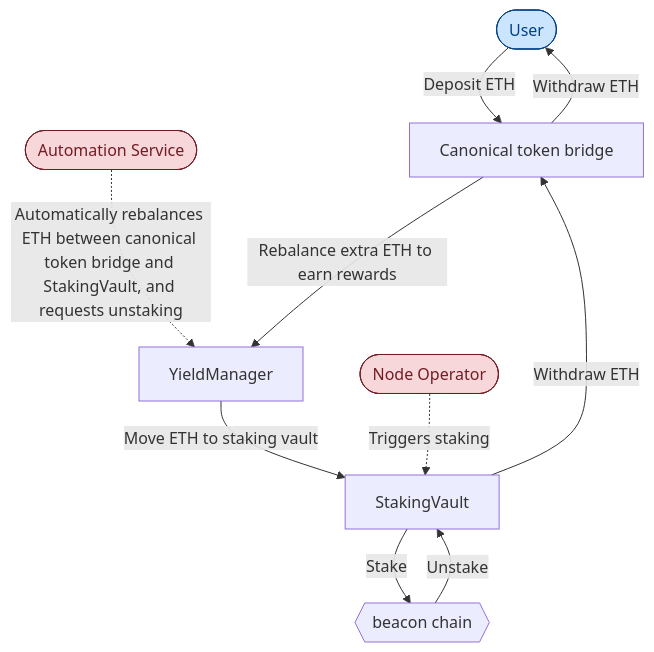
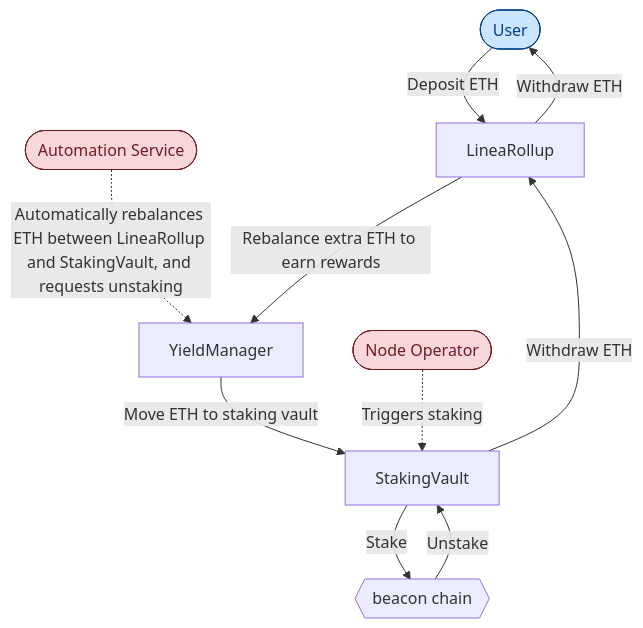
The first of 8 diagrams in docs/protocol/yield-boost-architecture.mdx (Consensys/doc.linea), drawn with Mermaid before and after one commit. The commit also changed other lines of this file and 1 other file, not shown here.

````diff
--- a/docs/protocol/yield-boost-architecture.mdx
+++ b/docs/protocol/yield-boost-architecture.mdx
@@ -48,26 +48,26 @@
 ```mermaid
 flowchart TD
     User([User])
     Auto([Automation Service])
     NO([Node Operator])
-    BR[Canonical token bridge]
+    BR[LineaRollup]
     YM[YieldManager]
     SV[StakingVault]
     BC{{beacon chain}}
 
     User -->|Deposit ETH| BR
     BR -->|Withdraw ETH| User
-    Auto -.->|Automatically rebalances ETH between canonical token bridge and StakingVault, and requests unstaking| YM
+    Auto -.->|Automatically rebalances ETH between LineaRollup and StakingVault, and requests unstaking| YM
     BR -->|Rebalance extra ETH to earn rewards| YM
     YM -->|Move ETH to staking vault| SV
     NO -.->|Triggers staking| SV
     SV -->|Stake| BC
     BC -->|Unstake| SV
     SV -->|Withdraw ETH| BR
 
     classDef admin fill:#f8d7da,stroke:#721c24,stroke-width:1px,color:#721c24
     classDef permissionless fill:#cce5ff,stroke:#004085,stroke-width:1px,color:#004085
 
     class NO,Auto admin
     class User permissionless
 ```
````
